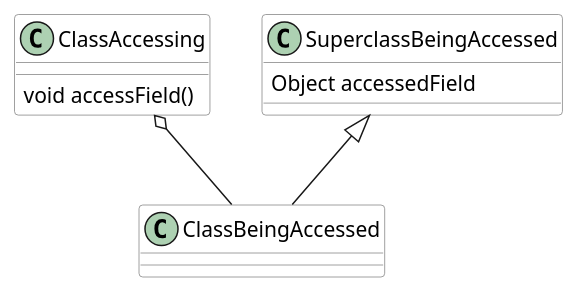
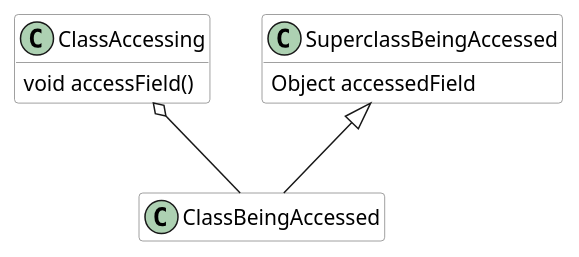
One commit to TNG/ArchUnit changed the second of 4 diagrams in userguide/006_The_Core_API.adoc. Above: the diagram before and after it, drawn with PlantUML. The commit also changed other lines of this file and 53 other files, not shown here.

```diff
--- a/userguide/006_The_Core_API.adoc
+++ b/userguide/006_The_Core_API.adoc
@@ -154,27 +210,29 @@
-[plantuml, "resolution-example"]
+[plantuml, "resolution-example", svg, opts=interactive]
 ----
+@startuml
+hide empty members
 skinparam componentStyle uml2
 
 skinparam component {
   BorderColor #grey
   BackgroundColor #white
 }
 
 skinparam class {
   BorderColor #grey
   BackgroundColor #white
 }
 
 class ClassAccessing {
   void accessField()
 }
 
 class ClassBeingAccessed
 class SuperclassBeingAccessed {
   Object accessedField
 }
 
 SuperclassBeingAccessed <|-- ClassBeingAccessed
 ClassAccessing o-- ClassBeingAccessed
-
+@enduml
 ----
```
